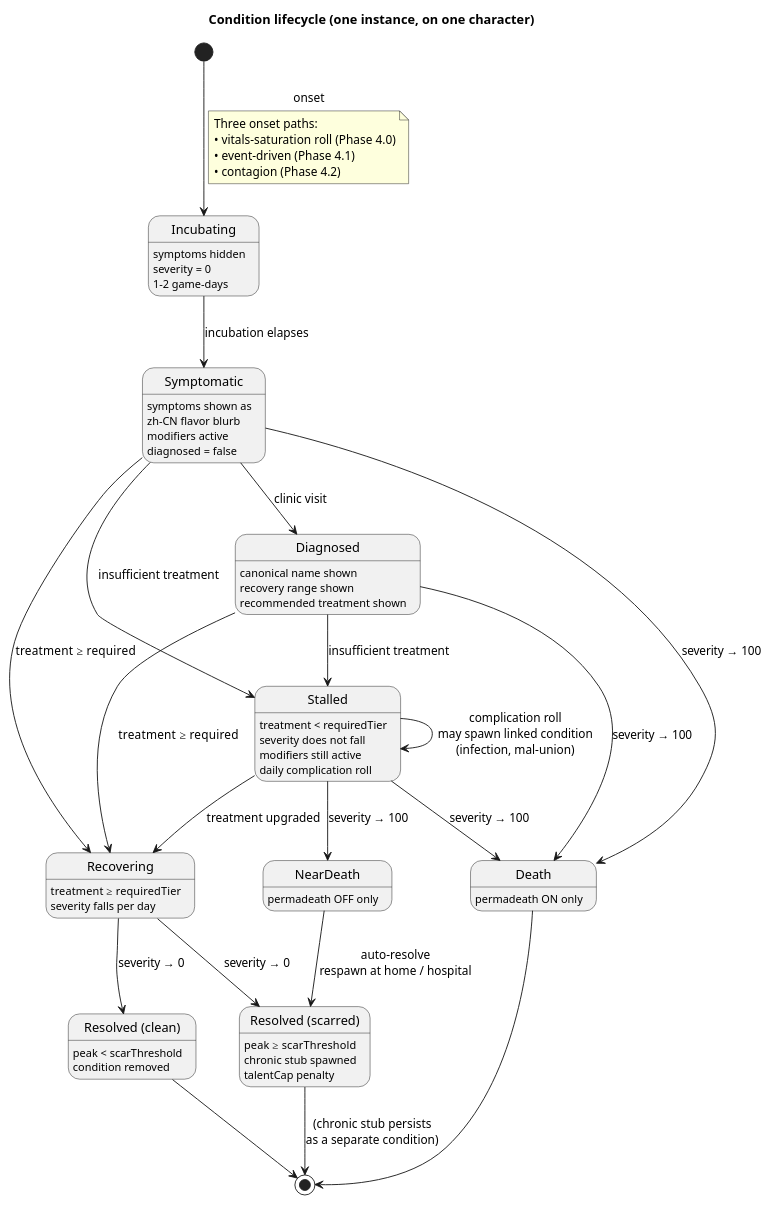
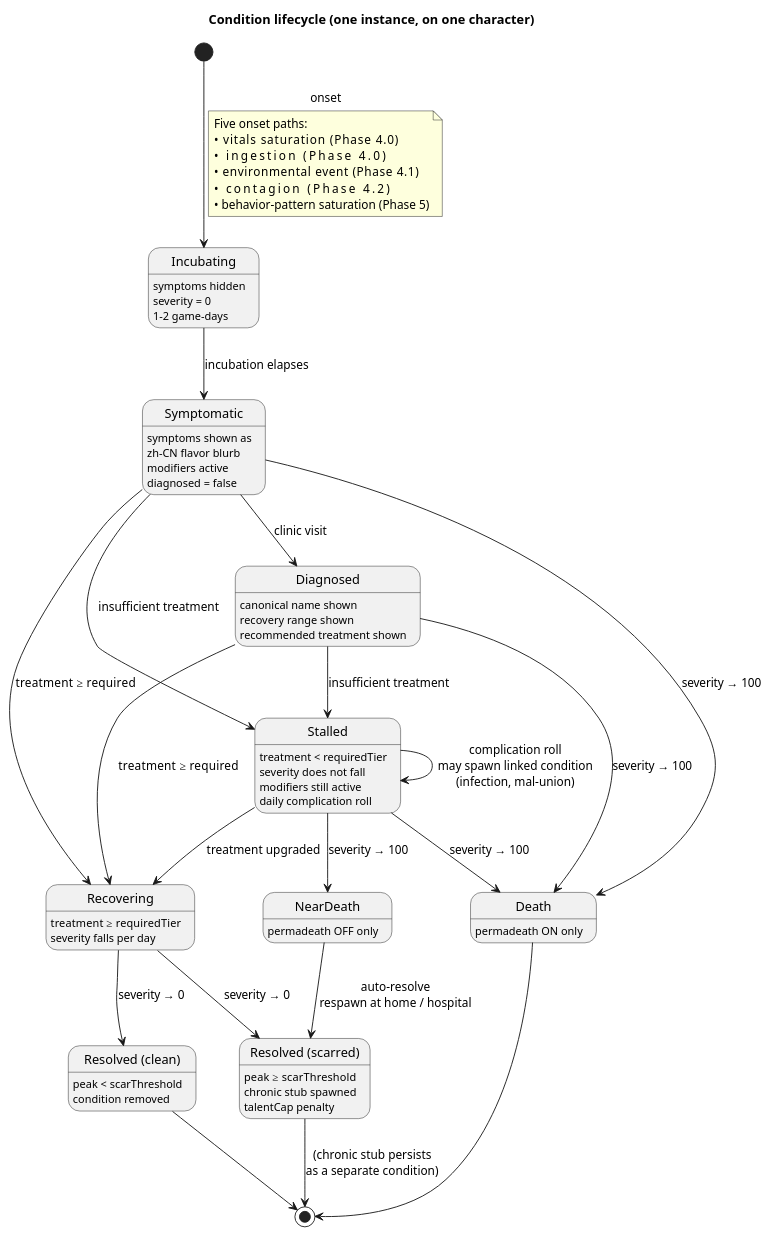
Before and after one commit to Leo927/UCLife: the second of 3 diagrams in Design/characters/physiology.md, drawn with PlantUML. The commit also changed other lines of this file, not shown here.

First line of the commit message:
design(physiology): split onset into five named cause→condition paths

````diff
--- a/Design/characters/physiology.md
+++ b/Design/characters/physiology.md
@@ -124,43 +124,45 @@
 ```puml
 @startuml
 title Condition lifecycle (one instance, on one character)
 
 [*] --> Incubating : onset
 note on link
-  Three onset paths:
-  • vitals-saturation roll (Phase 4.0)
-  • event-driven (Phase 4.1)
-  • contagion (Phase 4.2)
+  Five onset paths:
+  • vitals saturation         (Phase 4.0)
+  • ingestion                 (Phase 4.0)
+  • environmental event       (Phase 4.1)
+  • contagion                 (Phase 4.2)
+  • behavior-pattern saturation (Phase 5)
 end note
 
 state Incubating : symptoms hidden\nseverity = 0\n1–2 game-days
 state Symptomatic : symptoms shown as\nzh-CN flavor blurb\nmodifiers active\ndiagnosed = false
 state Diagnosed : canonical name shown\nrecovery range shown\nrecommended treatment shown
 state Stalled : treatment < requiredTier\nseverity does not fall\nmodifiers still active\ndaily complication roll
 state Recovering : treatment ≥ requiredTier\nseverity falls per day
 state "Resolved (clean)" as Clean : peak < scarThreshold\ncondition removed
 state "Resolved (scarred)" as Scar : peak ≥ scarThreshold\nchronic stub spawned\ntalentCap penalty
 state NearDeath : permadeath OFF only
 state Death : permadeath ON only
 
 Incubating --> Symptomatic : incubation elapses
 Symptomatic --> Diagnosed : clinic visit
 Symptomatic --> Stalled : insufficient treatment
 Symptomatic --> Recovering : treatment ≥ required
 Diagnosed --> Stalled : insufficient treatment
 Diagnosed --> Recovering : treatment ≥ required
 Stalled --> Recovering : treatment upgraded
 Stalled --> Stalled : complication roll\nmay spawn linked condition\n(infection, mal-union)
 Recovering --> Clean : severity → 0
 Recovering --> Scar : severity → 0
 Symptomatic --> Death : severity → 100
 Stalled --> Death : severity → 100
 Stalled --> NearDeath : severity → 100
 Diagnosed --> Death : severity → 100
 NearDeath --> Scar : auto-resolve\nrespawn at home / hospital
 
 Clean --> [*]
 Scar --> [*] : (chronic stub persists\nas a separate condition)
 Death --> [*]
 @enduml
 ```
````
